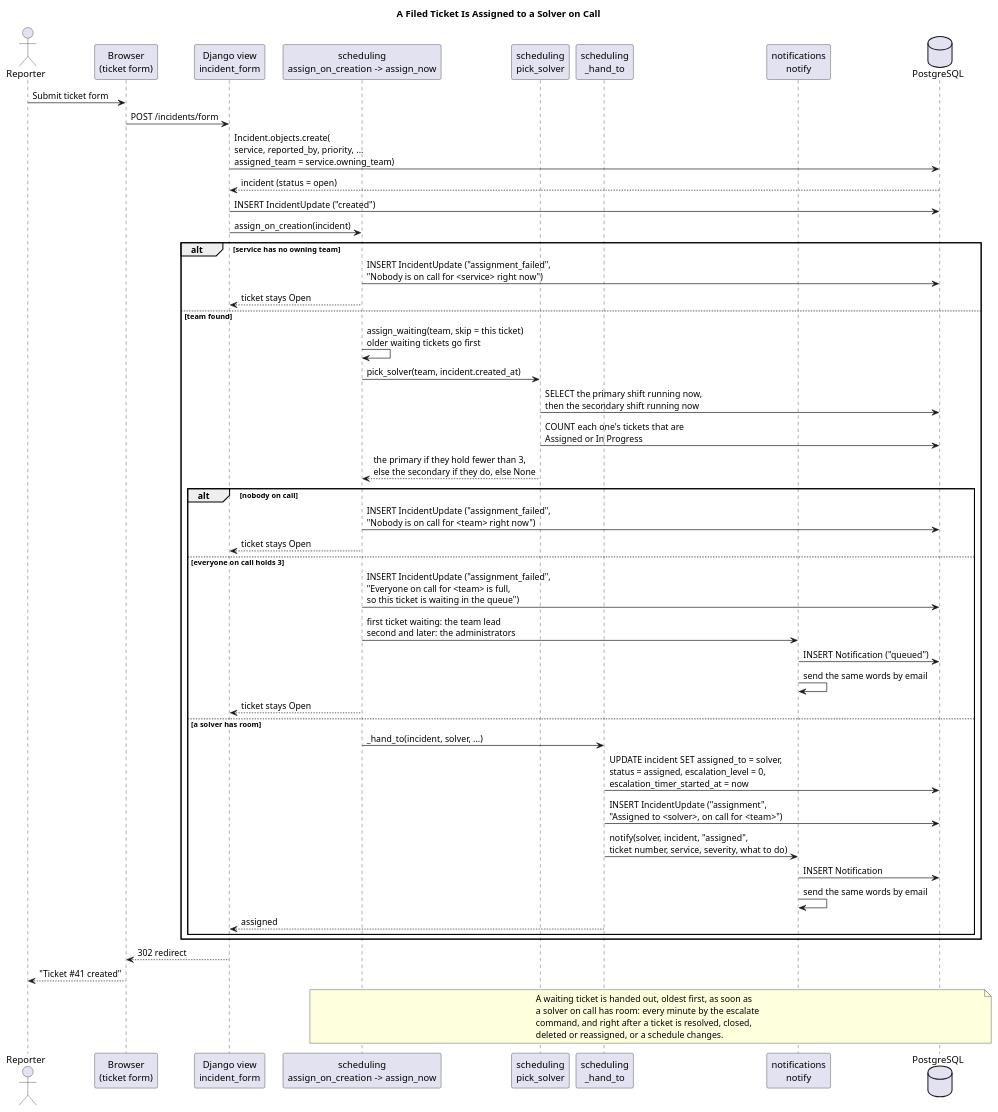
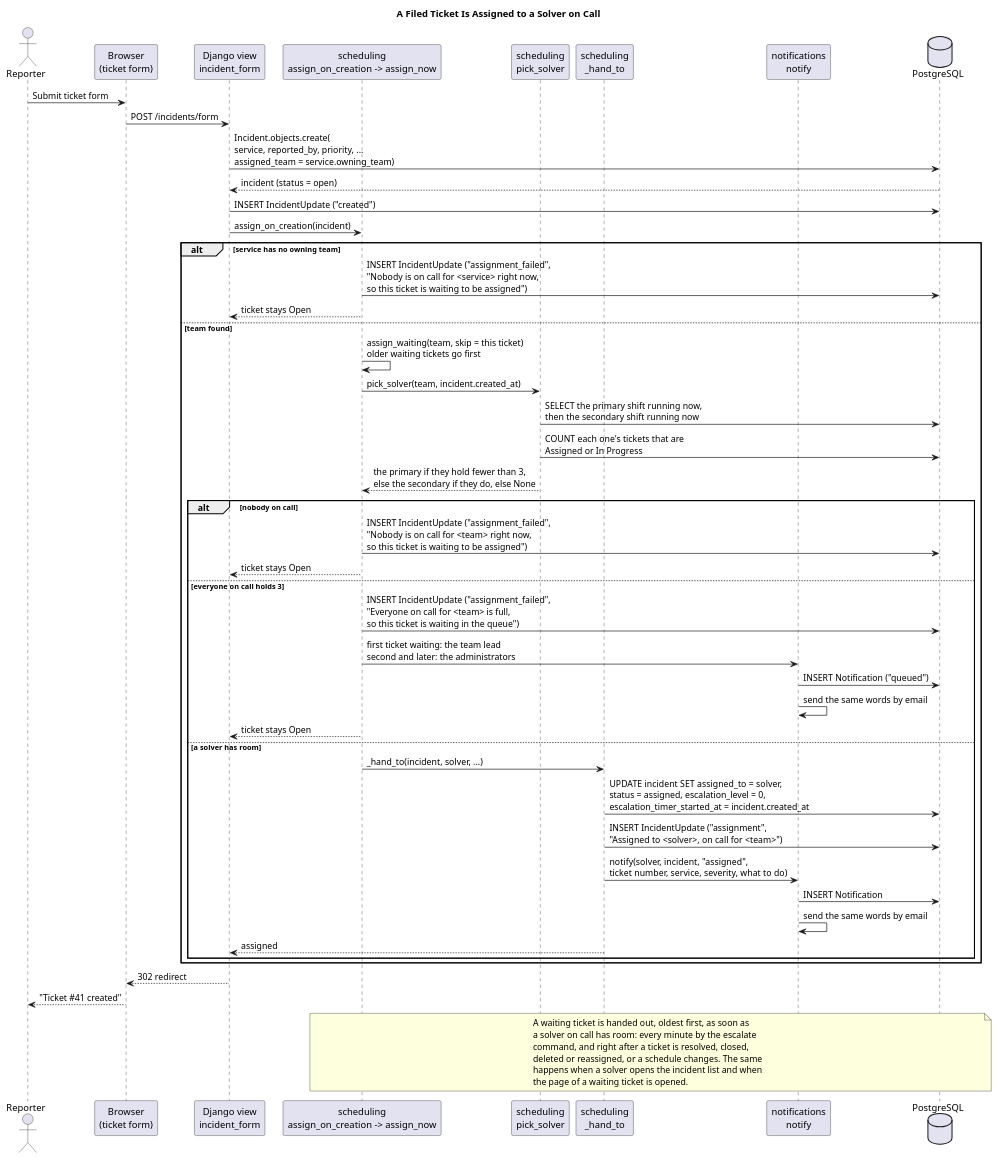
Before and after one commit to ZiedRbd/COSC-3339-Fall-2026-Term-Project: the diagram in docs/assignment-sequence.puml, drawn with PlantUML. The commit also changed 9 other files, not shown here.

Commit message:
Docs match the code: profile picture column in the ER diagram, policy link on the calendar, every trigger of the waiting queue, the administrator account, and two new diagrams (Sprint 4 ER changes, escalation activity)

```diff
--- a/docs/assignment-sequence.puml
+++ b/docs/assignment-sequence.puml
@@ -1,59 +1,61 @@
 @startuml assignment-sequence
 title A Filed Ticket Is Assigned to a Solver on Call
 
 actor Reporter
 participant "Browser\n(ticket form)" as Browser
 participant "Django view\nincident_form" as View
 participant "scheduling\nassign_on_creation -> assign_now" as Assign
 participant "scheduling\npick_solver" as Pick
 participant "scheduling\n_hand_to" as Hand
 participant "notifications\nnotify" as Notify
 database "PostgreSQL" as DB
 
 Reporter -> Browser : Submit ticket form
 Browser -> View : POST /incidents/form
 View -> DB : Incident.objects.create(\nservice, reported_by, priority, ...\nassigned_team = service.owning_team)
 DB --> View : incident (status = open)
 View -> DB : INSERT IncidentUpdate ("created")
 View -> Assign : assign_on_creation(incident)
 
 alt service has no owning team
-  Assign -> DB : INSERT IncidentUpdate ("assignment_failed",\n"Nobody is on call for <service> right now")
+  Assign -> DB : INSERT IncidentUpdate ("assignment_failed",\n"Nobody is on call for <service> right now,\nso this ticket is waiting to be assigned")
   Assign --> View : ticket stays Open
 else team found
   Assign -> Assign : assign_waiting(team, skip = this ticket)\nolder waiting tickets go first
   Assign -> Pick : pick_solver(team, incident.created_at)
   Pick -> DB : SELECT the primary shift running now,\nthen the secondary shift running now
   Pick -> DB : COUNT each one's tickets that are\nAssigned or In Progress
   Pick --> Assign : the primary if they hold fewer than 3,\nelse the secondary if they do, else None
 
   alt nobody on call
-    Assign -> DB : INSERT IncidentUpdate ("assignment_failed",\n"Nobody is on call for <team> right now")
+    Assign -> DB : INSERT IncidentUpdate ("assignment_failed",\n"Nobody is on call for <team> right now,\nso this ticket is waiting to be assigned")
     Assign --> View : ticket stays Open
   else everyone on call holds 3
     Assign -> DB : INSERT IncidentUpdate ("assignment_failed",\n"Everyone on call for <team> is full,\nso this ticket is waiting in the queue")
     Assign -> Notify : first ticket waiting: the team lead\nsecond and later: the administrators
     Notify -> DB : INSERT Notification ("queued")
     Notify -> Notify : send the same words by email
     Assign --> View : ticket stays Open
   else a solver has room
     Assign -> Hand : _hand_to(incident, solver, ...)
-    Hand -> DB : UPDATE incident SET assigned_to = solver,\nstatus = assigned, escalation_level = 0,\nescalation_timer_started_at = now
+    Hand -> DB : UPDATE incident SET assigned_to = solver,\nstatus = assigned, escalation_level = 0,\nescalation_timer_started_at = incident.created_at
     Hand -> DB : INSERT IncidentUpdate ("assignment",\n"Assigned to <solver>, on call for <team>")
     Hand -> Notify : notify(solver, incident, "assigned",\nticket number, service, severity, what to do)
     Notify -> DB : INSERT Notification
     Notify -> Notify : send the same words by email
     Hand --> View : assigned
   end
 end
 
 View --> Browser : 302 redirect
 Browser --> Reporter : "Ticket #41 created"
 
 note over Assign, DB
   A waiting ticket is handed out, oldest first, as soon as
   a solver on call has room: every minute by the escalate
   command, and right after a ticket is resolved, closed,
-  deleted or reassigned, or a schedule changes.
+  deleted or reassigned, or a schedule changes. The same
+  happens when a solver opens the incident list and when
+  the page of a waiting ticket is opened.
 end note
 @enduml
```
